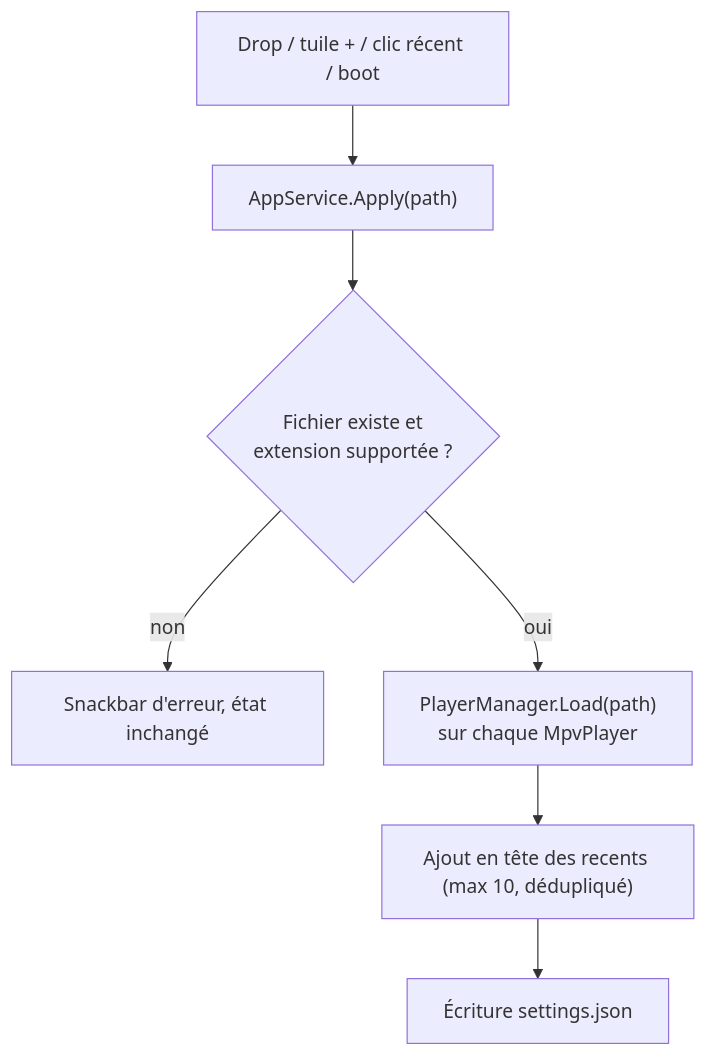
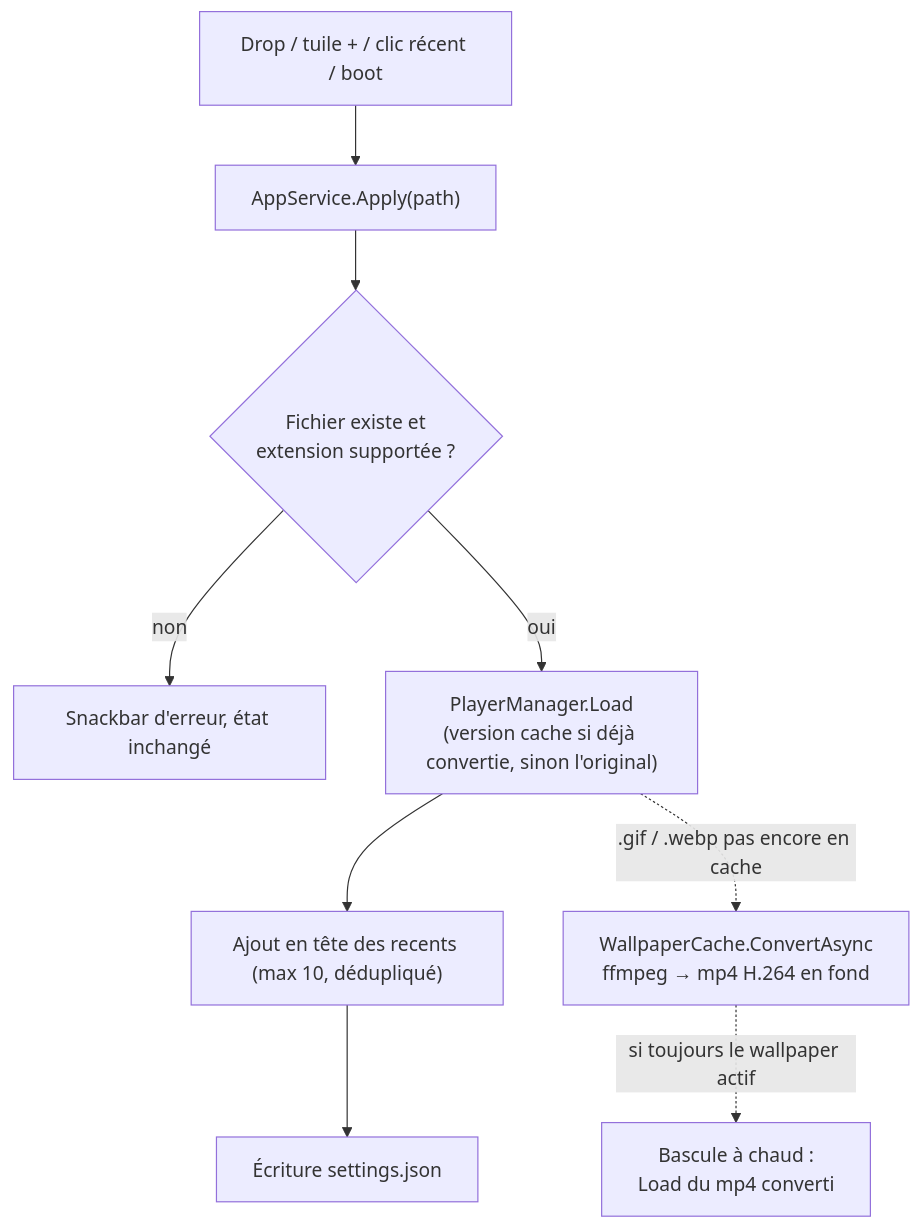
The third of 5 diagrams in docs/ARCHITECTURE-TECHNIQUE.md (KevinT78/wallflow), drawn with Mermaid before and after one commit. The commit also changed other lines of this file and 2 other files, not shown here.

````diff
--- a/docs/ARCHITECTURE-TECHNIQUE.md
+++ b/docs/ARCHITECTURE-TECHNIQUE.md
@@ -131,9 +139,11 @@
 ```mermaid
 flowchart TD
     A["Drop / tuile + / clic récent / boot"] --> B["AppService.Apply(path)"]
     B --> C{"Fichier existe et<br/>extension supportée ?"}
     C -->|non| D["Snackbar d'erreur, état inchangé"]
-    C -->|oui| E["PlayerManager.Load(path)<br/>sur chaque MpvPlayer"]
+    C -->|oui| E["PlayerManager.Load<br/>(version cache si déjà convertie, sinon l'original)"]
     E --> F["Ajout en tête des recents (max 10, dédupliqué)"]
     F --> G["Écriture settings.json"]
+    E -.->|.gif / .webp pas encore en cache| H["WallpaperCache.ConvertAsync<br/>ffmpeg → mp4 H.264 en fond"]
+    H -.->|si toujours le wallpaper actif| I["Bascule à chaud :<br/>Load du mp4 converti"]
 ```
````
